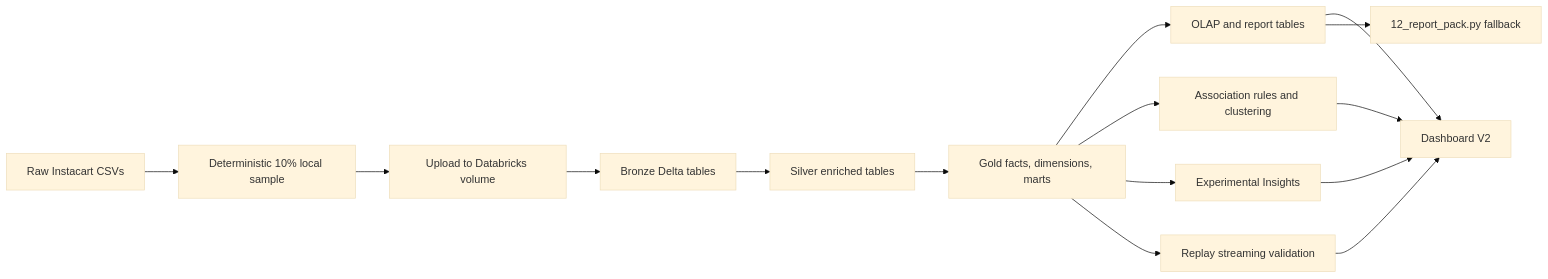
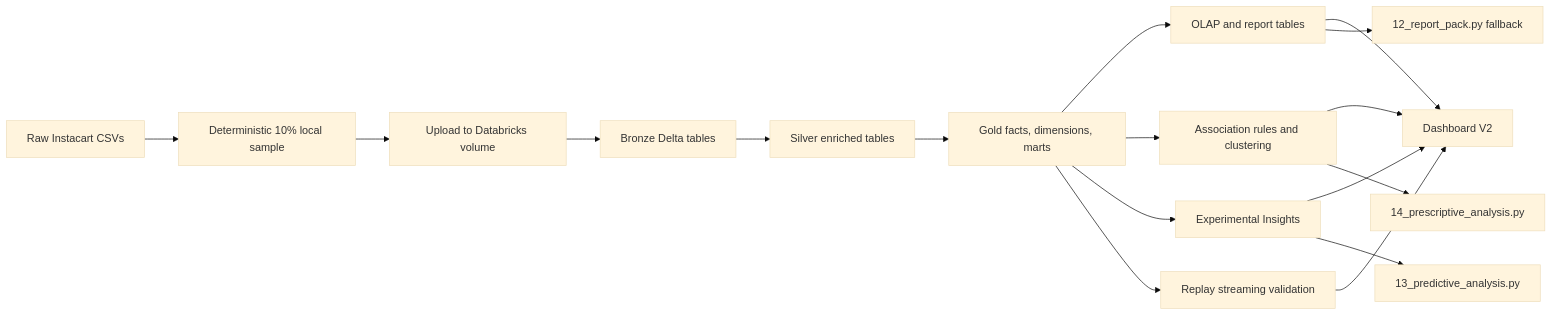
One commit to The-Harsh-Vardhan/RetailPulse changed the diagram in README.md. Above: the diagram before and after it, drawn with Mermaid (base theme). The commit also changed other lines of this file and 39 other files, not shown here.

First line of the commit message:
Add predictive and prescriptive analysis notebooks

````diff
--- a/README.md
+++ b/README.md
@@ -86,17 +87,19 @@
 ```mermaid
 flowchart LR
     A[Raw Instacart CSVs] --> B[Deterministic 10% local sample]
     B --> C[Upload to Databricks volume]
     C --> D[Bronze Delta tables]
     D --> E[Silver enriched tables]
     E --> F[Gold facts, dimensions, marts]
     F --> G[OLAP and report tables]
     F --> H[Association rules and clustering]
     F --> I[Experimental Insights]
     F --> J[Replay streaming validation]
     G --> K[Dashboard V2]
     H --> K
     I --> K
     J --> K
     G --> L[12_report_pack.py fallback]
+    I --> M[13_predictive_analysis.py]
+    H --> N[14_prescriptive_analysis.py]
 ```
````
